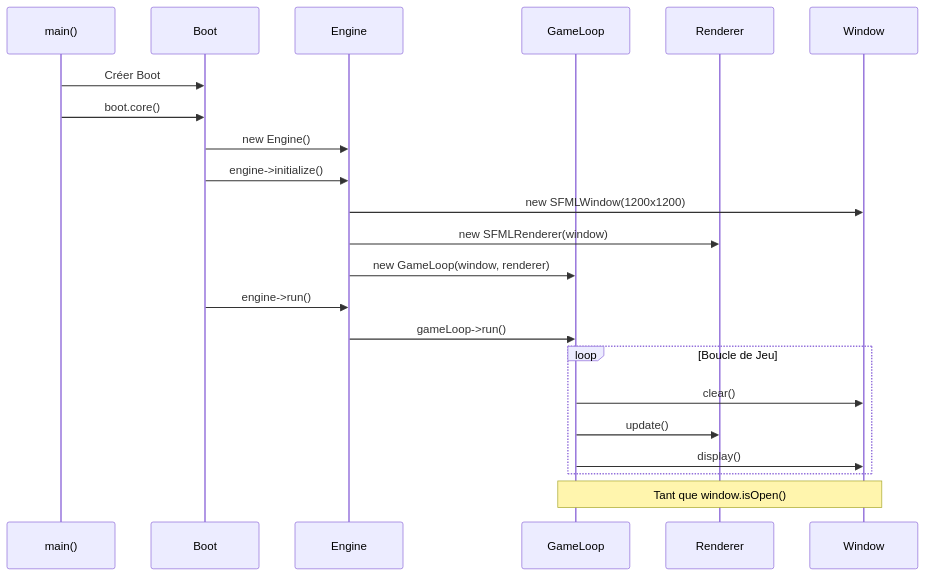
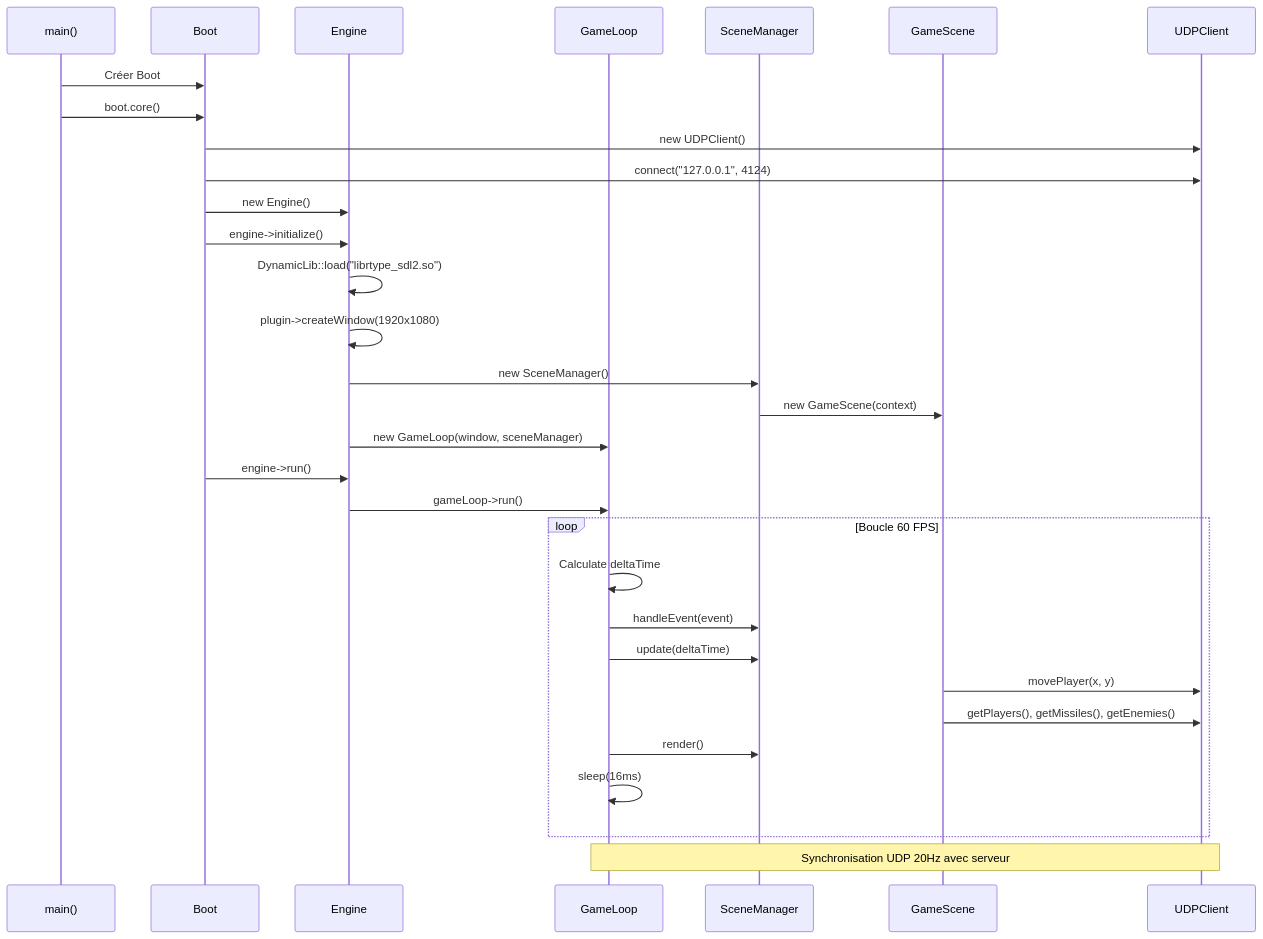
The second of 2 diagrams in docs/client/index.md (ChrisG-L/rtype), drawn with Mermaid before and after one commit. The commit also changed other lines of this file and 7 other files, not shown here.

````diff
--- a/docs/client/index.md
+++ b/docs/client/index.md
@@ -259,27 +271,36 @@
 ```mermaid
 sequenceDiagram
     participant M as main()
     participant B as Boot
     participant E as Engine
     participant GL as GameLoop
-    participant R as Renderer
-    participant W as Window
+    participant SM as SceneManager
+    participant GS as GameScene
+    participant UDP as UDPClient
 
     M->>B: Créer Boot
     M->>B: boot.core()
+    B->>UDP: new UDPClient()
+    B->>UDP: connect("127.0.0.1", 4124)
     B->>E: new Engine()
     B->>E: engine->initialize()
-    E->>W: new SFMLWindow(1200x1200)
-    E->>R: new SFMLRenderer(window)
-    E->>GL: new GameLoop(window, renderer)
+    E->>E: DynamicLib::load("librtype_sdl2.so")
+    E->>E: plugin->createWindow(1920x1080)
+    E->>SM: new SceneManager()
+    SM->>GS: new GameScene(context)
+    E->>GL: new GameLoop(window, sceneManager)
     B->>E: engine->run()
     E->>GL: gameLoop->run()
 
-    loop Boucle de Jeu
-        GL->>W: clear()
-        GL->>R: update()
-        GL->>W: display()
+    loop Boucle 60 FPS
+        GL->>GL: Calculate deltaTime
+        GL->>SM: handleEvent(event)
+        GL->>SM: update(deltaTime)
+        GS->>UDP: movePlayer(x, y)
+        GS->>UDP: getPlayers(), getMissiles(), getEnemies()
+        GL->>SM: render()
+        GL->>GL: sleep(16ms)
     end
 
-    Note over GL,W: Tant que window.isOpen()
+    Note over GL,UDP: Synchronisation UDP 20Hz avec serveur
 ```
````
